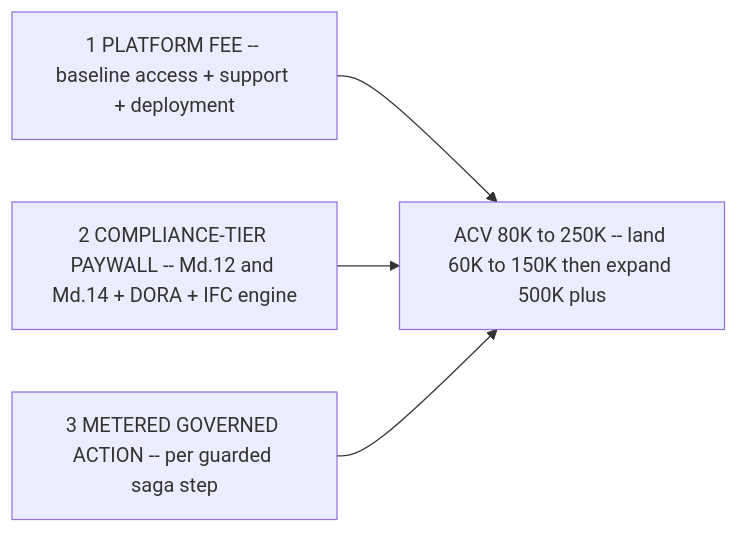
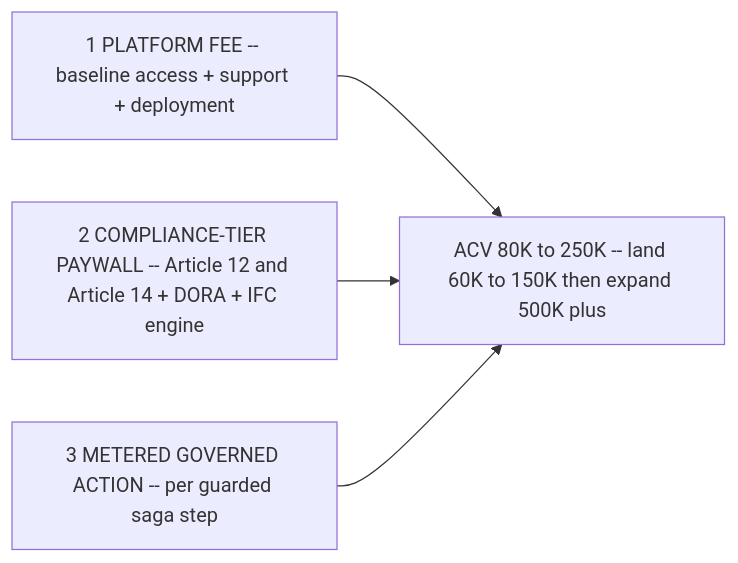
The diagram in docs/decisions/0012-pricing-metered-governed-action.md (HodeTech/provna), drawn with Mermaid before and after one commit. The commit also changed other lines of this file and 34 other files, not shown here.

````diff
--- a/docs/decisions/0012-pricing-metered-governed-action.md
+++ b/docs/decisions/0012-pricing-metered-governed-action.md
@@ -19,7 +19,7 @@
 ```mermaid
 flowchart LR
     PF["1 PLATFORM FEE -- baseline access + support + deployment"] --> ACV
-    CT["2 COMPLIANCE-TIER PAYWALL -- Md.12 and Md.14 + DORA + IFC engine"] --> ACV
+    CT["2 COMPLIANCE-TIER PAYWALL -- Article 12 and Article 14 + DORA + IFC engine"] --> ACV
     MG["3 METERED GOVERNED ACTION -- per guarded saga step"] --> ACV
     ACV["ACV 80K to 250K -- land 60K to 150K then expand 500K plus"]
 ```
````
